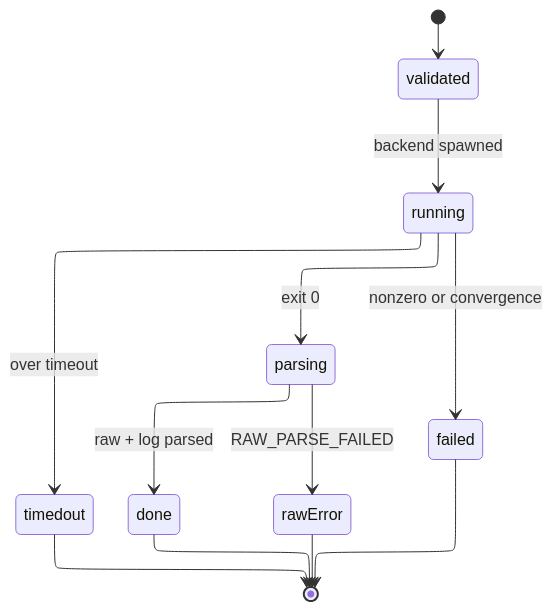
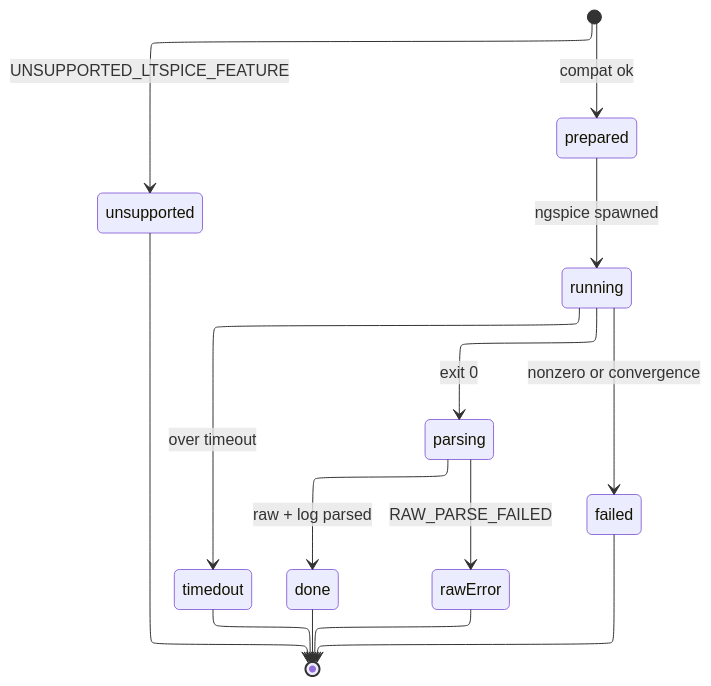
The sixth of 7 diagrams in .kiro/specs/openspice-mcp/design.md (sohampatwardhan/openspice-mcp), drawn with Mermaid before and after one commit. The commit also changed other lines of this file and 4 other files, not shown here.

First line of the commit message:
docs(spec): make ngspice the sole engine with LTspice file fidelity

````diff
--- a/.kiro/specs/openspice-mcp/design.md
+++ b/.kiro/specs/openspice-mcp/design.md
@@ -380,18 +301,20 @@
 ```mermaid
 ---
 config:
   layout: elk
 ---
 stateDiagram-v2
-  [*] --> validated
-  validated --> running : backend spawned
+  [*] --> prepared : compat ok
+  [*] --> unsupported : UNSUPPORTED_LTSPICE_FEATURE
+  prepared --> running : ngspice spawned
   running --> parsing : exit 0
   running --> failed : nonzero or convergence
   running --> timedout : over timeout
   parsing --> done : raw + log parsed
   parsing --> rawError : RAW_PARSE_FAILED
+  unsupported --> [*]
   failed --> [*]
   timedout --> [*]
   rawError --> [*]
   done --> [*]
 ```
````
